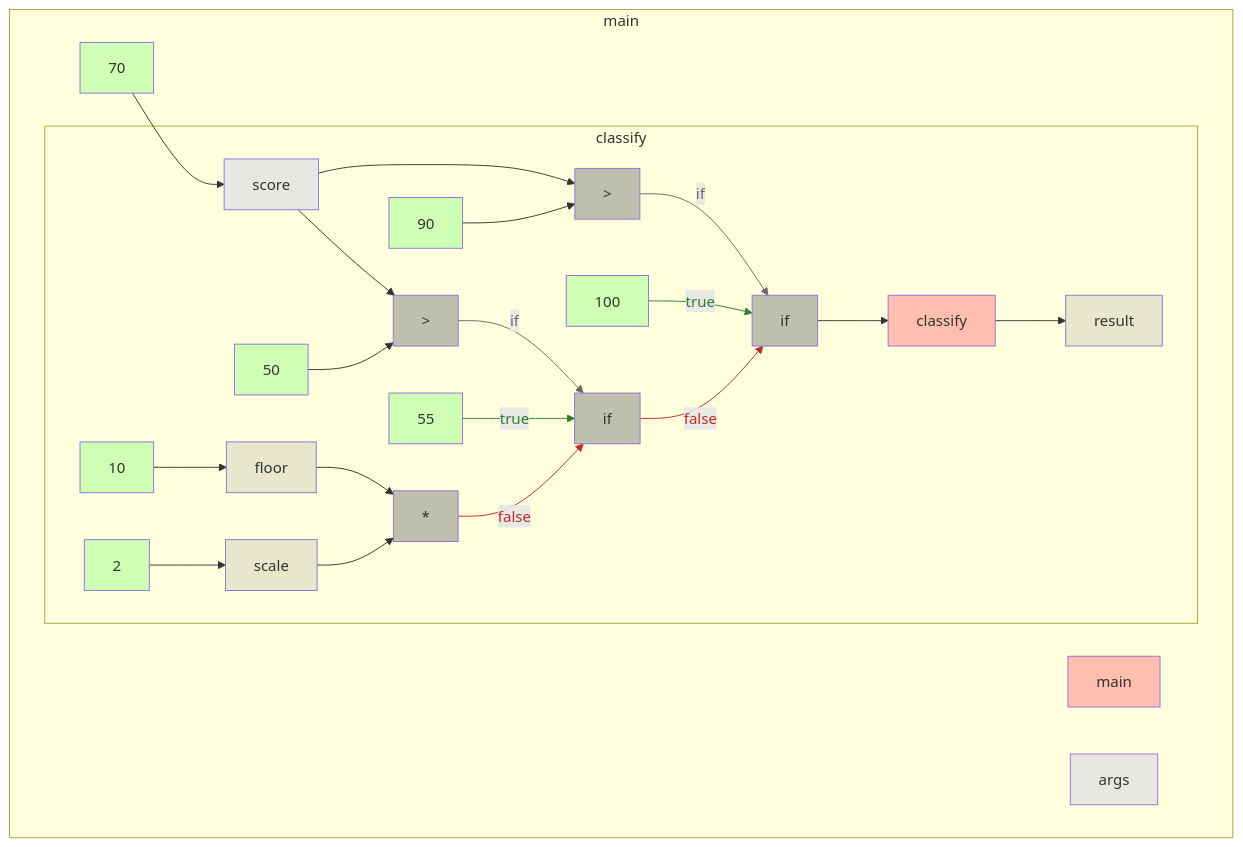
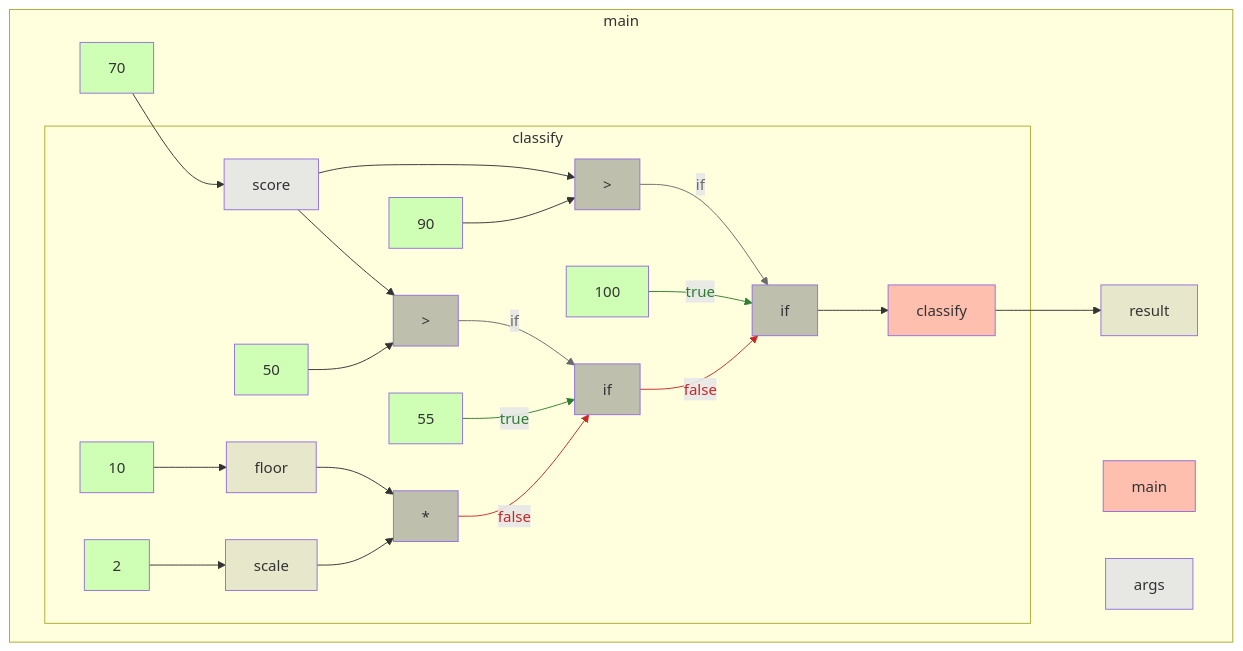
The diagram in app/src/test/resources/earlyReturn/truth.md (gstiebler/codeflow), drawn with Mermaid before and after one commit. The commit also changed 34 other files, not shown here.

````diff
--- a/app/src/test/resources/earlyReturn/truth.md
+++ b/app/src/test/resources/earlyReturn/truth.md
@@ -1,56 +1,56 @@
 ```mermaid
 flowchart TD
   subgraph b0["main"]
     n1[main]:::RETURN
     n2[args]:::FUNC_PARAM
     n3[70]:::LITERAL
     n20[result]:::VARIABLE
     n3[70]:::LITERAL --> n6[score]:::FUNC_PARAM
+    n5[classify]:::RETURN --> n20[result]:::VARIABLE
     subgraph b4["classify"]
       n5[classify]:::RETURN
       n6[score]:::FUNC_PARAM
       n7[90]:::LITERAL
       n8[>]:::BIN_OP
       n9[100]:::LITERAL
       n10[50]:::LITERAL
       n11[>]:::BIN_OP
       n12[55]:::LITERAL
       n13[10]:::LITERAL
       n14[floor]:::VARIABLE
       n15[2]:::LITERAL
       n16[scale]:::VARIABLE
       n17[*]:::BIN_OP
       n18[if]:::BIN_OP
       n19[if]:::BIN_OP
-      n5[classify]:::RETURN --> n20[result]:::VARIABLE
       n6[score]:::FUNC_PARAM --> n8[>]:::BIN_OP
       n6[score]:::FUNC_PARAM --> n11[>]:::BIN_OP
       n7[90]:::LITERAL --> n8[>]:::BIN_OP
       n8[>]:::BIN_OP -->|if| n19[if]:::BIN_OP
       n9[100]:::LITERAL -->|true| n19[if]:::BIN_OP
       n10[50]:::LITERAL --> n11[>]:::BIN_OP
       n11[>]:::BIN_OP -->|if| n18[if]:::BIN_OP
       n12[55]:::LITERAL -->|true| n18[if]:::BIN_OP
       n13[10]:::LITERAL --> n14[floor]:::VARIABLE
       n14[floor]:::VARIABLE --> n17[*]:::BIN_OP
       n15[2]:::LITERAL --> n16[scale]:::VARIABLE
       n16[scale]:::VARIABLE --> n17[*]:::BIN_OP
       n17[*]:::BIN_OP -->|false| n18[if]:::BIN_OP
       n18[if]:::BIN_OP -->|false| n19[if]:::BIN_OP
       n19[if]:::BIN_OP --> n5[classify]:::RETURN
     end
   end
   linkStyle 5 stroke:#6a6a6a,color:#6a6a6a
   linkStyle 6 stroke:#2e7d32,color:#2e7d32
   linkStyle 8 stroke:#6a6a6a,color:#6a6a6a
   linkStyle 9 stroke:#2e7d32,color:#2e7d32
   linkStyle 14 stroke:#c62828,color:#c62828
   linkStyle 15 stroke:#c62828,color:#c62828
   classDef LITERAL fill:#00FF0030
   classDef VARIABLE fill:#80808030
   classDef BIN_OP fill:#80808080
   classDef FUNC_PARAM fill:#8080FF30
   classDef RETURN fill:#FF808080
   classDef EXTERNAL fill:#FFA50040
   classDef UNMODELLED fill:#FF000030,stroke-dasharray: 4 2
 ```
````
